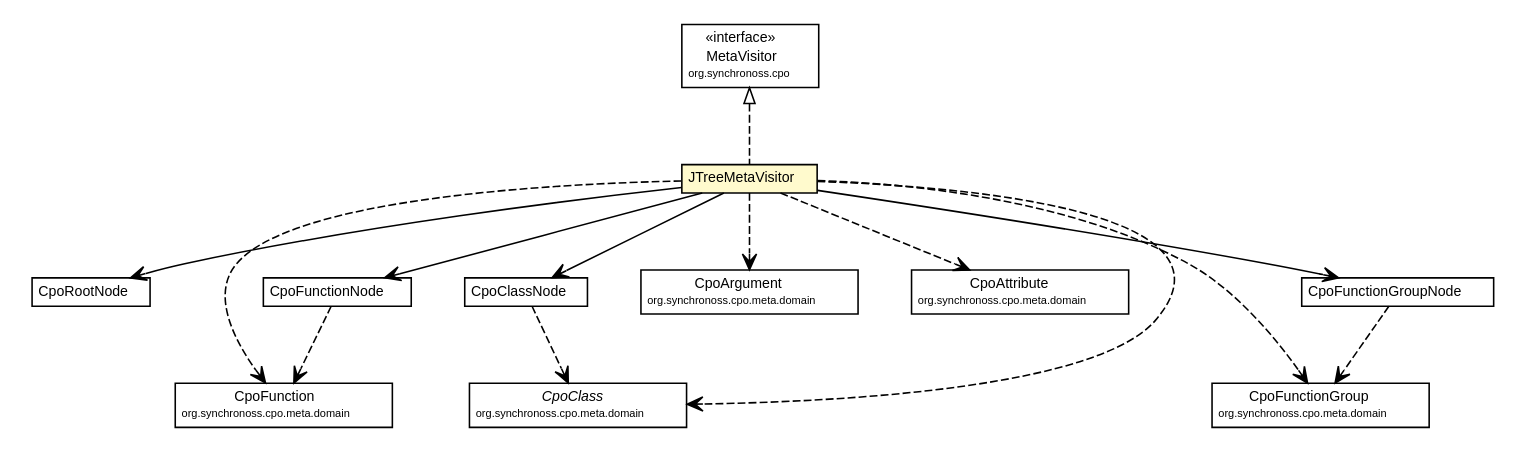
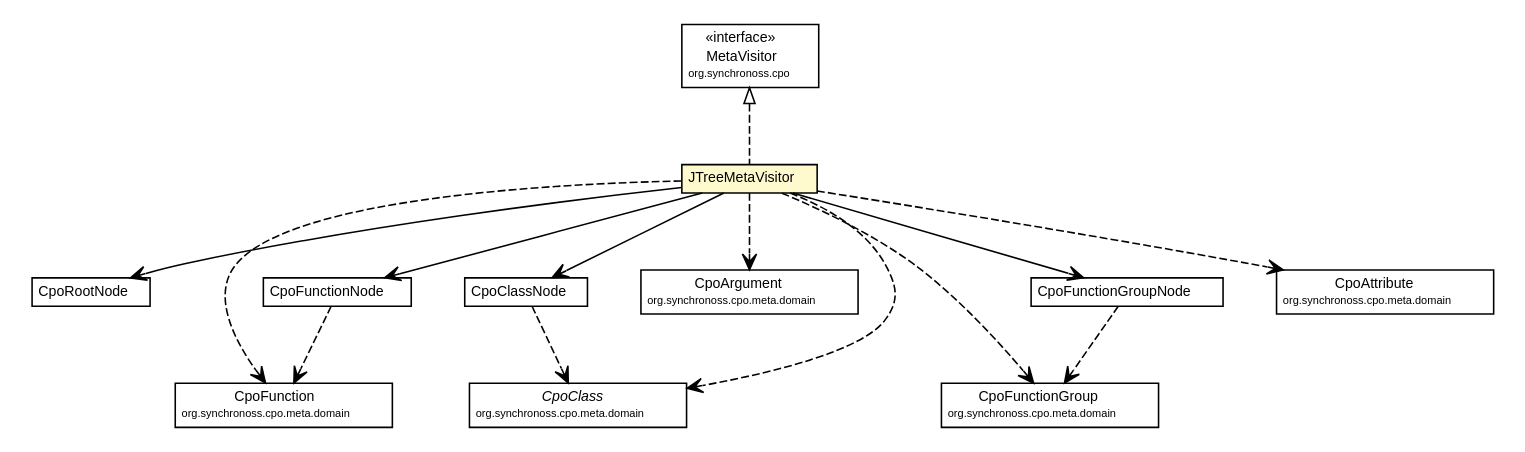
The diagram in site/apidocs/org/synchronoss/cpo/util/JTreeMetaVisitor.dot (synchronoss/cpo-util), drawn with Graphviz before and after one commit. The commit also changed 285 other files, not shown here.

Commit message:
Creating site for cpoUtil, 5.1.1-SNAPSHOT

```diff
--- a/site/apidocs/org/synchronoss/cpo/util/JTreeMetaVisitor.dot
+++ b/site/apidocs/org/synchronoss/cpo/util/JTreeMetaVisitor.dot
@@ -1,109 +1,109 @@
 #!/usr/local/bin/dot
 #
 # Class diagram 
 # Generated by UmlGraph version 4.6 (http://www.spinellis.gr/sw/umlgraph)
 #
 
 digraph G {
 	edge [fontname="Helvetica",fontsize=10,labelfontname="Helvetica",labelfontsize=10];
 	node [fontname="Helvetica",fontsize=10,shape=plaintext];
 	// org.synchronoss.cpo.util.JTreeMetaVisitor
 	c1707 [label=<<table border="0" cellborder="1" cellspacing="0" cellpadding="2" port="p" bgcolor="lemonChiffon" href="./JTreeMetaVisitor.html">
 		<tr><td><table border="0" cellspacing="0" cellpadding="1">
 			<tr><td> JTreeMetaVisitor </td></tr>
 		</table></td></tr>
 		</table>>, fontname="Helvetica", fontcolor="black", fontsize=9.0];
 	// org.synchronoss.cpo.util.CpoRootNode
 	c1715 [label=<<table border="0" cellborder="1" cellspacing="0" cellpadding="2" port="p" href="./CpoRootNode.html">
 		<tr><td><table border="0" cellspacing="0" cellpadding="1">
 			<tr><td> CpoRootNode </td></tr>
 		</table></td></tr>
 		</table>>, fontname="Helvetica", fontcolor="black", fontsize=9.0];
 	// org.synchronoss.cpo.util.CpoFunctionNode
 	c1721 [label=<<table border="0" cellborder="1" cellspacing="0" cellpadding="2" port="p" href="./CpoFunctionNode.html">
 		<tr><td><table border="0" cellspacing="0" cellpadding="1">
 			<tr><td> CpoFunctionNode </td></tr>
 		</table></td></tr>
 		</table>>, fontname="Helvetica", fontcolor="black", fontsize=9.0];
 	// org.synchronoss.cpo.util.CpoClassNode
 	c1723 [label=<<table border="0" cellborder="1" cellspacing="0" cellpadding="2" port="p" href="./CpoClassNode.html">
 		<tr><td><table border="0" cellspacing="0" cellpadding="1">
 			<tr><td> CpoClassNode </td></tr>
 		</table></td></tr>
 		</table>>, fontname="Helvetica", fontcolor="black", fontsize=9.0];
 	// org.synchronoss.cpo.util.CpoFunctionGroupNode
 	c1728 [label=<<table border="0" cellborder="1" cellspacing="0" cellpadding="2" port="p" href="./CpoFunctionGroupNode.html">
 		<tr><td><table border="0" cellspacing="0" cellpadding="1">
 			<tr><td> CpoFunctionGroupNode </td></tr>
 		</table></td></tr>
 		</table>>, fontname="Helvetica", fontcolor="black", fontsize=9.0];
 	//org.synchronoss.cpo.util.JTreeMetaVisitor implements org.synchronoss.cpo.MetaVisitor
 	c1764:p -> c1707:p [dir=back,arrowtail=empty,style=dashed];
 	// org.synchronoss.cpo.util.JTreeMetaVisitor NAVASSOC org.synchronoss.cpo.util.CpoRootNode
 	c1707:p -> c1715:p [taillabel="", label="", headlabel="", fontname="Helvetica", fontcolor="black", fontsize=10.0, color="black", arrowhead=open];
 	// org.synchronoss.cpo.util.JTreeMetaVisitor NAVASSOC org.synchronoss.cpo.util.CpoClassNode
 	c1707:p -> c1723:p [taillabel="", label="", headlabel="", fontname="Helvetica", fontcolor="black", fontsize=10.0, color="black", arrowhead=open];
 	// org.synchronoss.cpo.util.JTreeMetaVisitor NAVASSOC org.synchronoss.cpo.util.CpoFunctionGroupNode
 	c1707:p -> c1728:p [taillabel="", label="", headlabel="", fontname="Helvetica", fontcolor="black", fontsize=10.0, color="black", arrowhead=open];
 	// org.synchronoss.cpo.util.JTreeMetaVisitor NAVASSOC org.synchronoss.cpo.util.CpoFunctionNode
 	c1707:p -> c1721:p [taillabel="", label="", headlabel="", fontname="Helvetica", fontcolor="black", fontsize=10.0, color="black", arrowhead=open];
 	// org.synchronoss.cpo.util.JTreeMetaVisitor DEPEND org.synchronoss.cpo.meta.domain.CpoArgument
 	c1707:p -> c1765:p [taillabel="", label="", headlabel="", fontname="Helvetica", fontcolor="black", fontsize=10.0, color="black", arrowhead=open, style=dashed];
-	// org.synchronoss.cpo.util.JTreeMetaVisitor DEPEND org.synchronoss.cpo.meta.domain.CpoAttribute
+	// org.synchronoss.cpo.util.JTreeMetaVisitor DEPEND org.synchronoss.cpo.meta.domain.CpoFunction
 	c1707:p -> c1766:p [taillabel="", label="", headlabel="", fontname="Helvetica", fontcolor="black", fontsize=10.0, color="black", arrowhead=open, style=dashed];
 	// org.synchronoss.cpo.util.JTreeMetaVisitor DEPEND org.synchronoss.cpo.meta.domain.CpoFunctionGroup
 	c1707:p -> c1768:p [taillabel="", label="", headlabel="", fontname="Helvetica", fontcolor="black", fontsize=10.0, color="black", arrowhead=open, style=dashed];
-	// org.synchronoss.cpo.util.JTreeMetaVisitor DEPEND org.synchronoss.cpo.meta.domain.CpoFunction
+	// org.synchronoss.cpo.util.JTreeMetaVisitor DEPEND org.synchronoss.cpo.meta.domain.CpoClass
 	c1707:p -> c1769:p [taillabel="", label="", headlabel="", fontname="Helvetica", fontcolor="black", fontsize=10.0, color="black", arrowhead=open, style=dashed];
-	// org.synchronoss.cpo.util.JTreeMetaVisitor DEPEND org.synchronoss.cpo.meta.domain.CpoClass
+	// org.synchronoss.cpo.util.JTreeMetaVisitor DEPEND org.synchronoss.cpo.meta.domain.CpoAttribute
 	c1707:p -> c1770:p [taillabel="", label="", headlabel="", fontname="Helvetica", fontcolor="black", fontsize=10.0, color="black", arrowhead=open, style=dashed];
 	// org.synchronoss.cpo.util.CpoFunctionNode DEPEND org.synchronoss.cpo.meta.domain.CpoFunction
-	c1721:p -> c1769:p [taillabel="", label="", headlabel="", fontname="Helvetica", fontcolor="black", fontsize=10.0, color="black", arrowhead=open, style=dashed];
+	c1721:p -> c1766:p [taillabel="", label="", headlabel="", fontname="Helvetica", fontcolor="black", fontsize=10.0, color="black", arrowhead=open, style=dashed];
 	// org.synchronoss.cpo.util.CpoClassNode DEPEND org.synchronoss.cpo.meta.domain.CpoClass
-	c1723:p -> c1770:p [taillabel="", label="", headlabel="", fontname="Helvetica", fontcolor="black", fontsize=10.0, color="black", arrowhead=open, style=dashed];
+	c1723:p -> c1769:p [taillabel="", label="", headlabel="", fontname="Helvetica", fontcolor="black", fontsize=10.0, color="black", arrowhead=open, style=dashed];
 	// org.synchronoss.cpo.util.CpoFunctionGroupNode DEPEND org.synchronoss.cpo.meta.domain.CpoFunctionGroup
 	c1728:p -> c1768:p [taillabel="", label="", headlabel="", fontname="Helvetica", fontcolor="black", fontsize=10.0, color="black", arrowhead=open, style=dashed];
 	// org.synchronoss.cpo.meta.domain.CpoClass
-	c1770 [label=<<table border="0" cellborder="1" cellspacing="0" cellpadding="2" port="p" href="http://java.sun.com/j2se/1.4.2/docs/api/org/synchronoss/cpo/meta/domain/CpoClass.html">
+	c1769 [label=<<table border="0" cellborder="1" cellspacing="0" cellpadding="2" port="p" href="http://java.sun.com/j2se/1.4.2/docs/api/org/synchronoss/cpo/meta/domain/CpoClass.html">
 		<tr><td><table border="0" cellspacing="0" cellpadding="1">
 			<tr><td><font face="Helvetica-Oblique"> CpoClass </font></td></tr>
 			<tr><td><font point-size="7.0"> org.synchronoss.cpo.meta.domain </font></td></tr>
 		</table></td></tr>
 		</table>>, fontname="Helvetica", fontcolor="black", fontsize=9.0];
 	// org.synchronoss.cpo.meta.domain.CpoArgument
 	c1765 [label=<<table border="0" cellborder="1" cellspacing="0" cellpadding="2" port="p" href="http://java.sun.com/j2se/1.4.2/docs/api/org/synchronoss/cpo/meta/domain/CpoArgument.html">
 		<tr><td><table border="0" cellspacing="0" cellpadding="1">
 			<tr><td> CpoArgument </td></tr>
 			<tr><td><font point-size="7.0"> org.synchronoss.cpo.meta.domain </font></td></tr>
 		</table></td></tr>
 		</table>>, fontname="Helvetica", fontcolor="black", fontsize=9.0];
 	// org.synchronoss.cpo.meta.domain.CpoAttribute
-	c1766 [label=<<table border="0" cellborder="1" cellspacing="0" cellpadding="2" port="p" href="http://java.sun.com/j2se/1.4.2/docs/api/org/synchronoss/cpo/meta/domain/CpoAttribute.html">
+	c1770 [label=<<table border="0" cellborder="1" cellspacing="0" cellpadding="2" port="p" href="http://java.sun.com/j2se/1.4.2/docs/api/org/synchronoss/cpo/meta/domain/CpoAttribute.html">
 		<tr><td><table border="0" cellspacing="0" cellpadding="1">
 			<tr><td> CpoAttribute </td></tr>
 			<tr><td><font point-size="7.0"> org.synchronoss.cpo.meta.domain </font></td></tr>
 		</table></td></tr>
 		</table>>, fontname="Helvetica", fontcolor="black", fontsize=9.0];
 	// org.synchronoss.cpo.meta.domain.CpoFunction
-	c1769 [label=<<table border="0" cellborder="1" cellspacing="0" cellpadding="2" port="p" href="http://java.sun.com/j2se/1.4.2/docs/api/org/synchronoss/cpo/meta/domain/CpoFunction.html">
+	c1766 [label=<<table border="0" cellborder="1" cellspacing="0" cellpadding="2" port="p" href="http://java.sun.com/j2se/1.4.2/docs/api/org/synchronoss/cpo/meta/domain/CpoFunction.html">
 		<tr><td><table border="0" cellspacing="0" cellpadding="1">
 			<tr><td> CpoFunction </td></tr>
 			<tr><td><font point-size="7.0"> org.synchronoss.cpo.meta.domain </font></td></tr>
 		</table></td></tr>
 		</table>>, fontname="Helvetica", fontcolor="black", fontsize=9.0];
 	// org.synchronoss.cpo.meta.domain.CpoFunctionGroup
 	c1768 [label=<<table border="0" cellborder="1" cellspacing="0" cellpadding="2" port="p" href="http://java.sun.com/j2se/1.4.2/docs/api/org/synchronoss/cpo/meta/domain/CpoFunctionGroup.html">
 		<tr><td><table border="0" cellspacing="0" cellpadding="1">
 			<tr><td> CpoFunctionGroup </td></tr>
 			<tr><td><font point-size="7.0"> org.synchronoss.cpo.meta.domain </font></td></tr>
 		</table></td></tr>
 		</table>>, fontname="Helvetica", fontcolor="black", fontsize=9.0];
 	// org.synchronoss.cpo.MetaVisitor
 	c1764 [label=<<table border="0" cellborder="1" cellspacing="0" cellpadding="2" port="p" href="http://java.sun.com/j2se/1.4.2/docs/api/org/synchronoss/cpo/MetaVisitor.html">
 		<tr><td><table border="0" cellspacing="0" cellpadding="1">
 			<tr><td> &laquo;interface&raquo; </td></tr>
 			<tr><td> MetaVisitor </td></tr>
 			<tr><td><font point-size="7.0"> org.synchronoss.cpo </font></td></tr>
 		</table></td></tr>
 		</table>>, fontname="Helvetica", fontcolor="black", fontsize=9.0];
 }
```
